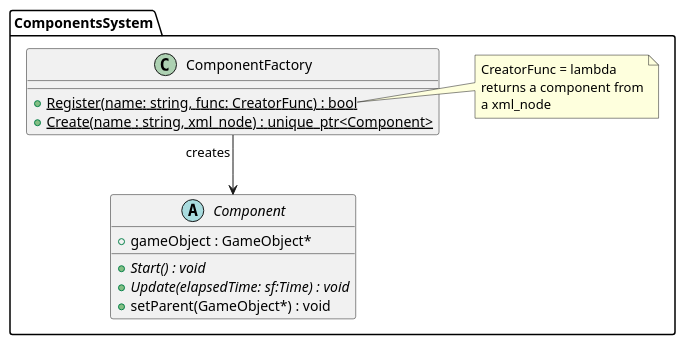
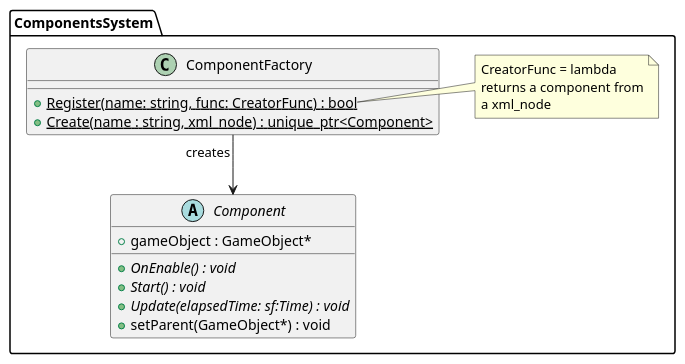
The diagram in docs/uml/components.puml (AntoFruch/PatternFactory), drawn with PlantUML before and after one commit. The commit also changed 3 other files, not shown here.

```diff
--- a/docs/uml/components.puml
+++ b/docs/uml/components.puml
@@ -1,22 +1,23 @@
 @startuml objects
 namespace ComponentsSystem {
     class ComponentFactory{
         + {static} Register(name: string, func: CreatorFunc) : bool
         + {static} Create(name : string, xml_node) : unique_ptr<Component>
     }
     note right of ComponentFactory::Register
            CreatorFunc = lambda
            returns a component from
            a xml_node
     end note
 
     abstract class Component{
         + gameObject : GameObject*
+        + {abstract} OnEnable() : void
         + {abstract} Start() : void
         + {abstract} Update(elapsedTime: sf:Time) : void
         + setParent(GameObject*) : void
     }
 
    ComponentFactory "creates" --> Component
 }
 @enduml
```
